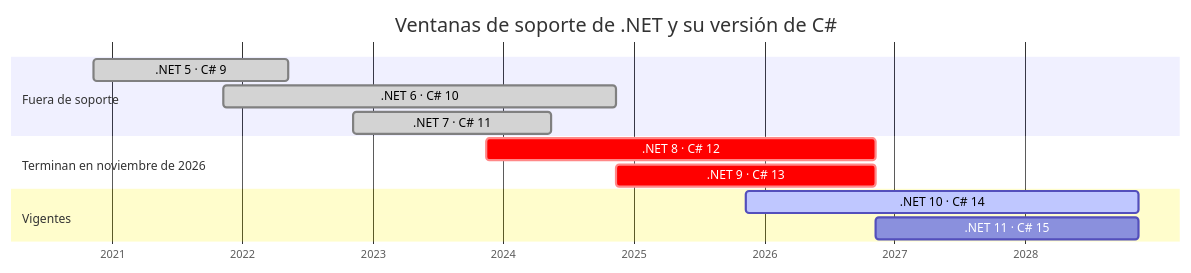
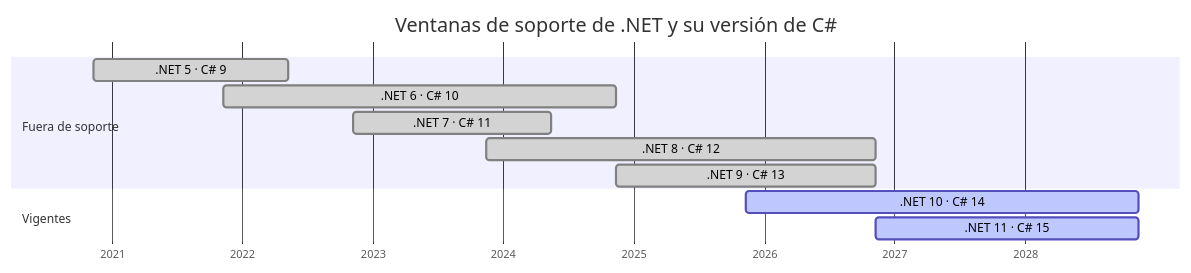
The first of 2 diagrams in docs/18-migracion-y-ciclo-de-vida.md (CristianSifuentes/C-sharp), drawn with Mermaid before and after one commit. The commit also changed other lines of this file and 11 other files, not shown here.

````diff
--- a/docs/18-migracion-y-ciclo-de-vida.md
+++ b/docs/18-migracion-y-ciclo-de-vida.md
@@ -53,16 +53,15 @@
 ```mermaid
 gantt
     title Ventanas de soporte de .NET y su versión de C#
     dateFormat YYYY-MM-DD
     axisFormat %Y
     section Fuera de soporte
     .NET 5 · C# 9      :done, 2020-11-10, 2022-05-10
     .NET 6 · C# 10     :done, 2021-11-08, 2024-11-12
     .NET 7 · C# 11     :done, 2022-11-08, 2024-05-14
-    section Terminan en noviembre de 2026
-    .NET 8 · C# 12     :crit, 2023-11-14, 2026-11-10
-    .NET 9 · C# 13     :crit, 2024-11-12, 2026-11-10
+    .NET 8 · C# 12     :done, 2023-11-14, 2026-11-10
+    .NET 9 · C# 13     :done, 2024-11-12, 2026-11-10
     section Vigentes
     .NET 10 · C# 14    :active, 2025-11-11, 2028-11-14
-    .NET 11 · C# 15    :2026-11-10, 2028-11-14
+    .NET 11 · C# 15    :active, 2026-11-10, 2028-11-14
 ```
````
